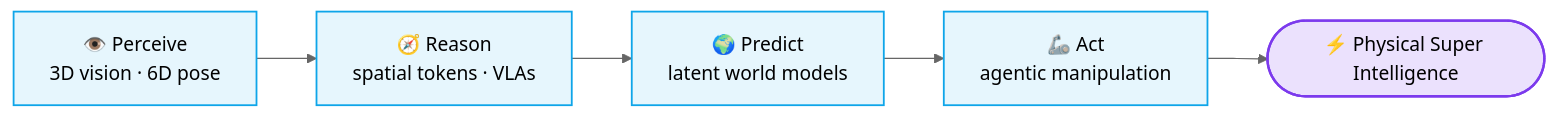
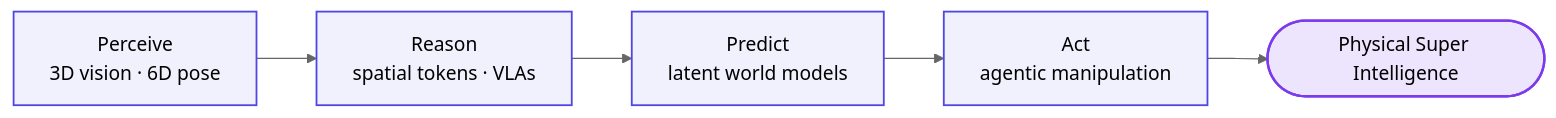
The diagram in README.md (s-elim/s-elim), drawn with Mermaid (neutral theme) before and after one commit. The commit also changed other lines of this file and 4 other files, not shown here.

````diff
--- a/README.md
+++ b/README.md
@@ -85,11 +82,11 @@
 ```mermaid
 flowchart LR
-    P["👁️ Perceive<br/>3D vision · 6D pose"] --> R["🧭 Reason<br/>spatial tokens · VLAs"]
-    R --> W["🌍 Predict<br/>latent world models"]
-    W --> A["🦾 Act<br/>agentic manipulation"]
-    A --> S(["⚡ Physical Super Intelligence"])
-    classDef stage fill:#0ea5e91a,stroke:#0ea5e9,stroke-width:1.5px
-    classDef goal fill:#7c3aed26,stroke:#7c3aed,stroke-width:2px
+    P["Perceive<br/>3D vision · 6D pose"] --> R["Reason<br/>spatial tokens · VLAs"]
+    R --> W["Predict<br/>latent world models"]
+    W --> A["Act<br/>agentic manipulation"]
+    A --> S(["Physical Super Intelligence"])
+    classDef stage fill:#4f46e514,stroke:#4f46e5,stroke-width:1.5px
+    classDef goal fill:#7c3aed22,stroke:#7c3aed,stroke-width:2px
     class P,R,W,A stage
     class S goal
 ```
````
